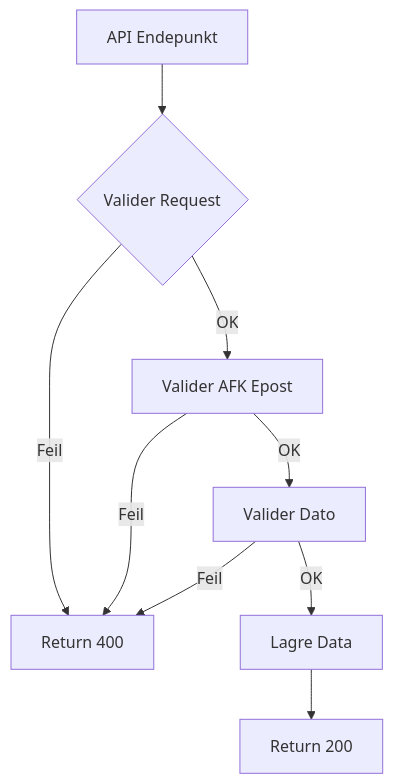
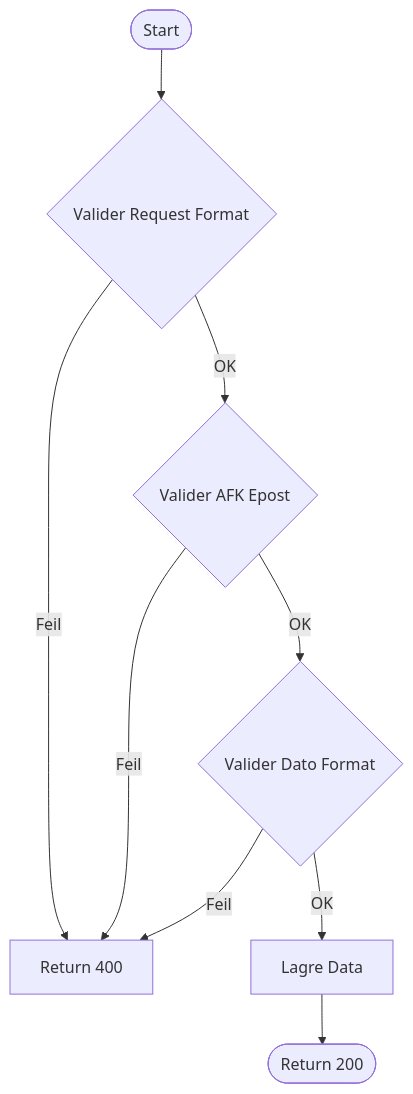
The third of 4 diagrams in README.md (simontijanic/RESTful-API-Mars), drawn with Mermaid before and after one commit.

Commit message:
Update README.md
Task fydtiagram software enbdret

````diff
--- a/README.md
+++ b/README.md
@@ -40,11 +39,11 @@
 ```mermaid
 flowchart TD
-    A[API Endepunkt] --> B{Valider Request}
-    B -->|OK| C[Valider AFK Epost]
-    B -->|Feil| D[Return 400]
-    C -->|OK| E[Valider Dato]
-    C -->|Feil| D[Return 400]
-    E -->|OK| G[Lagre Data]
-    E -->|Feil| D[Return 400]
-    G --> I[Return 200]
+    A([Start]) --> B{Valider Request Format}
+    B -->|OK| C{Valider AFK Epost}
+    B -->|Feil| E[Return 400]
+    C -->|OK| D{Valider Dato Format}
+    C -->|Feil| E[Return 400]
+    D -->|OK| F[Lagre Data]
+    D -->|Feil| E[Return 400]
+    F --> G([Return 200])
 ```
````
